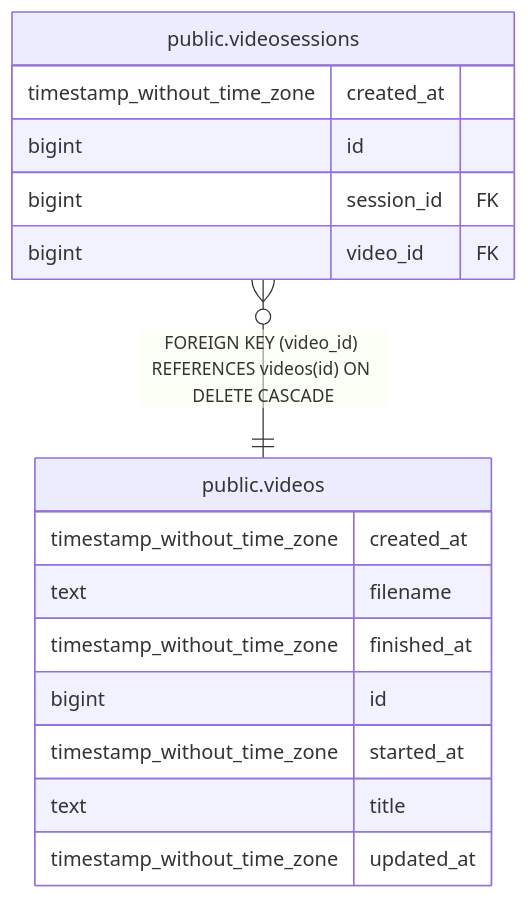
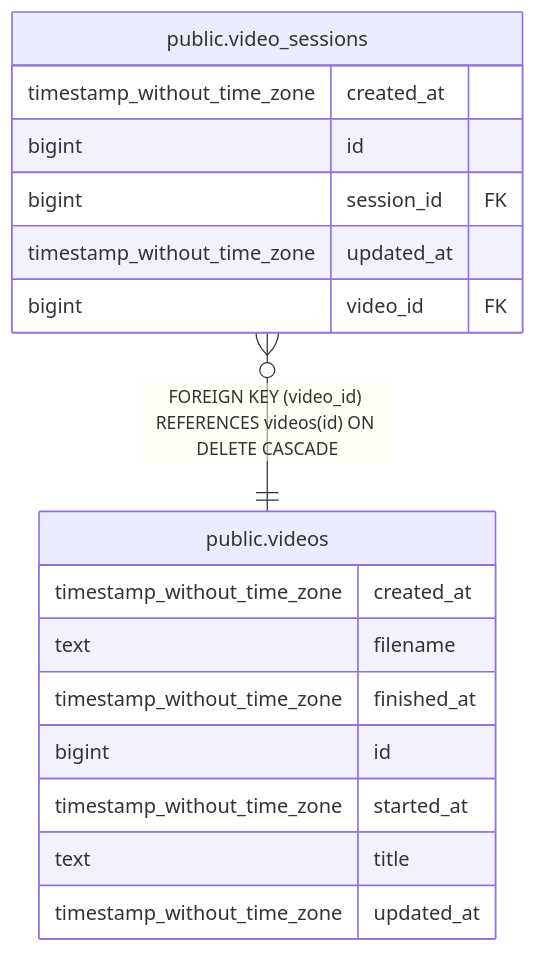
Before and after one commit to kijimad/tv: the diagram in backend/docs/db/public.videos.md, drawn with Mermaid. The commit also changed other lines of this file and 16 other files, not shown here.

````diff
--- a/backend/docs/db/public.videos.md
+++ b/backend/docs/db/public.videos.md
@@ -42,21 +42,22 @@
 ```mermaid
 erDiagram
 
-"public.videosessions" }o--|| "public.videos" : "FOREIGN KEY (video_id) REFERENCES videos(id) ON DELETE CASCADE"
+"public.video_sessions" }o--|| "public.videos" : "FOREIGN KEY (video_id) REFERENCES videos(id) ON DELETE CASCADE"
 
 "public.videos" {
   timestamp_without_time_zone created_at
   text filename
   timestamp_without_time_zone finished_at
   bigint id
   timestamp_without_time_zone started_at
   text title
   timestamp_without_time_zone updated_at
 }
-"public.videosessions" {
+"public.video_sessions" {
   timestamp_without_time_zone created_at
   bigint id
   bigint session_id FK
+  timestamp_without_time_zone updated_at
   bigint video_id FK
 }
 ```
````
